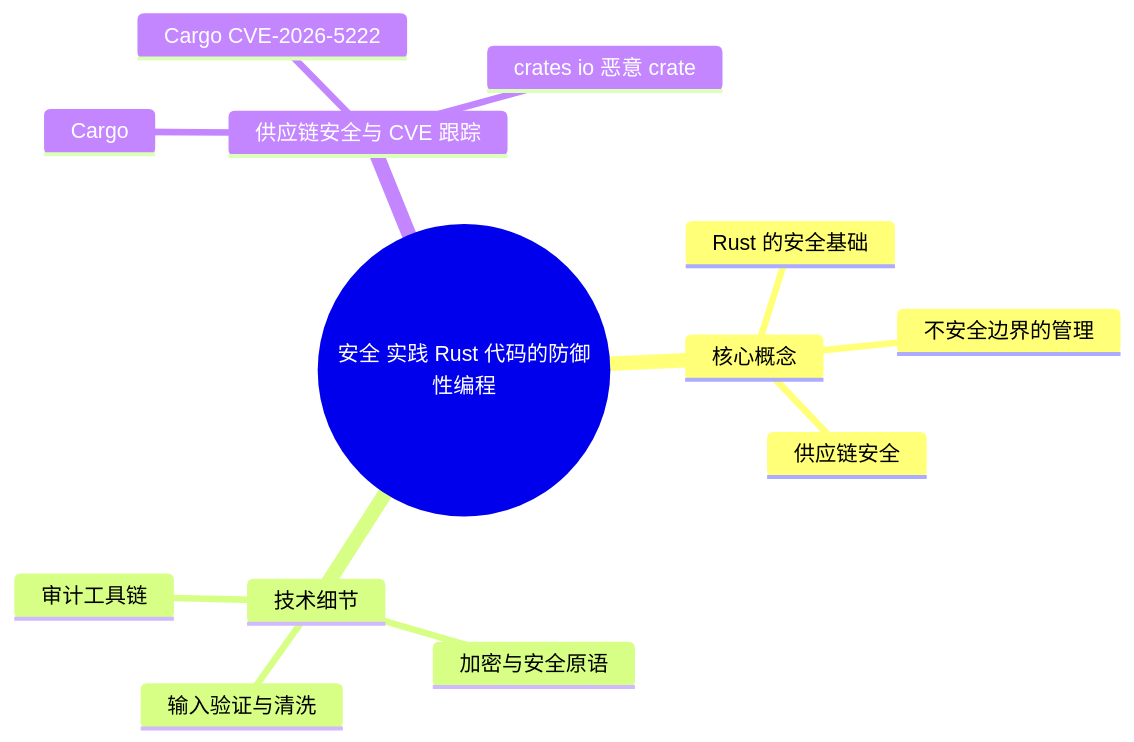
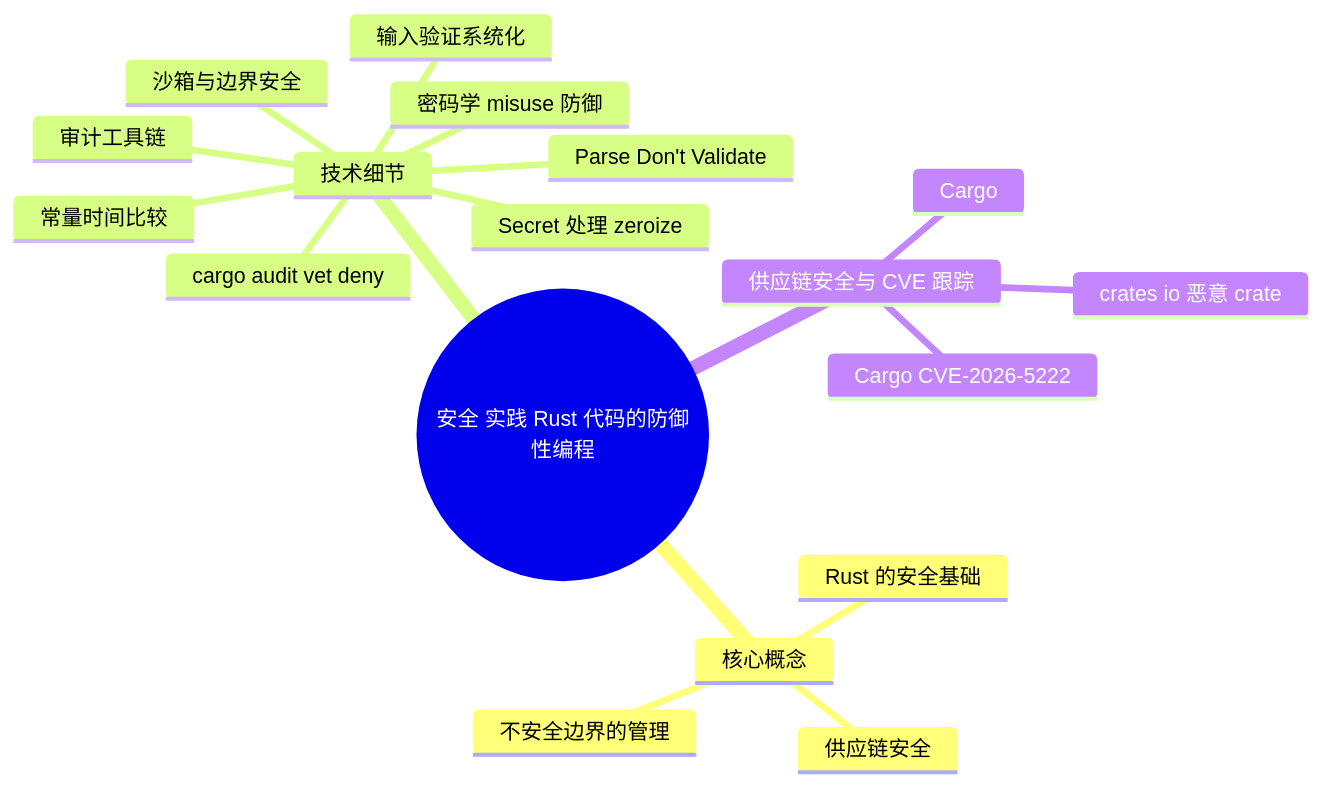
One commit to martin-ly/rust-lang changed the second of 2 diagrams in concept/06_ecosystem/07_security_and_cryptography/01_security_practices.md. Above: the diagram before and after it, drawn with Mermaid. The commit also changed other lines of this file and 150 other files, not shown here.

````diff
--- a/concept/06_ecosystem/07_security_and_cryptography/01_security_practices.md
+++ b/concept/06_ecosystem/07_security_and_cryptography/01_security_practices.md
@@ -1087,16 +1296,21 @@
 ```mermaid
 mindmap
   root((安全 实践 Rust 代码的防御性编程))
     核心概念
       Rust 的安全基础
       不安全边界的管理
       供应链安全
     技术细节
-      输入验证与清洗
-      加密与安全原语
+      输入验证系统化
+      Parse Don't Validate
+      密码学 misuse 防御
+      常量时间比较
+      Secret 处理 zeroize
+      沙箱与边界安全
       审计工具链
+      cargo audit vet deny
     供应链安全与 CVE 跟踪
       Cargo
       Cargo CVE-2026-5222
       crates io 恶意 crate
 ```
````
